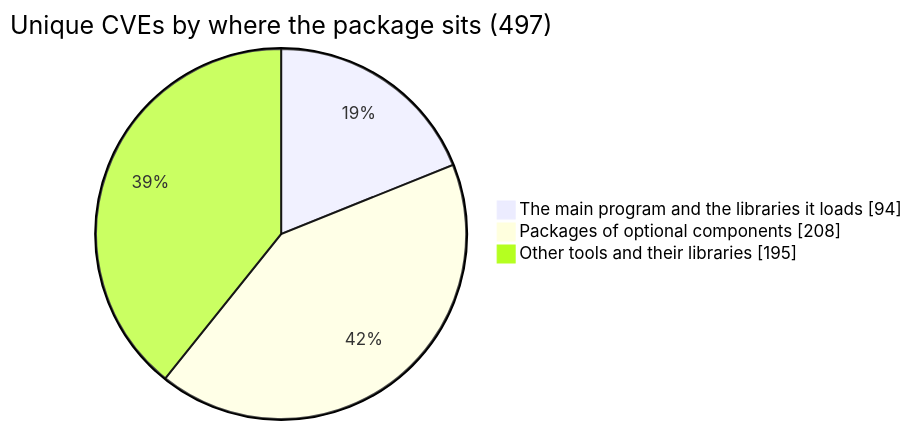
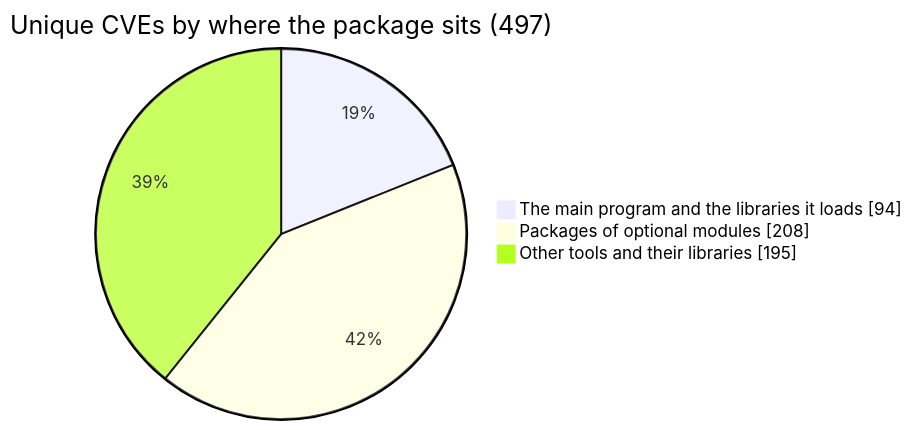
The second of 6 diagrams in scans/baseline/stats.md (netanelzucaim/echo-mission), drawn with Mermaid before and after one commit. The commit also changed other lines of this file and 23 other files, not shown here.

First line of the commit message:
Tidy scans/baseline into reports/ and image/; say modules, not components

````diff
--- a/scans/baseline/stats.md
+++ b/scans/baseline/stats.md
@@ -29,6 +29,6 @@
 ```mermaid
 pie showData title Unique CVEs by where the package sits (497)
     "The main program and the libraries it loads" : 94
-    "Packages of optional components" : 208
+    "Packages of optional modules" : 208
     "Other tools and their libraries" : 195
 ```
````
